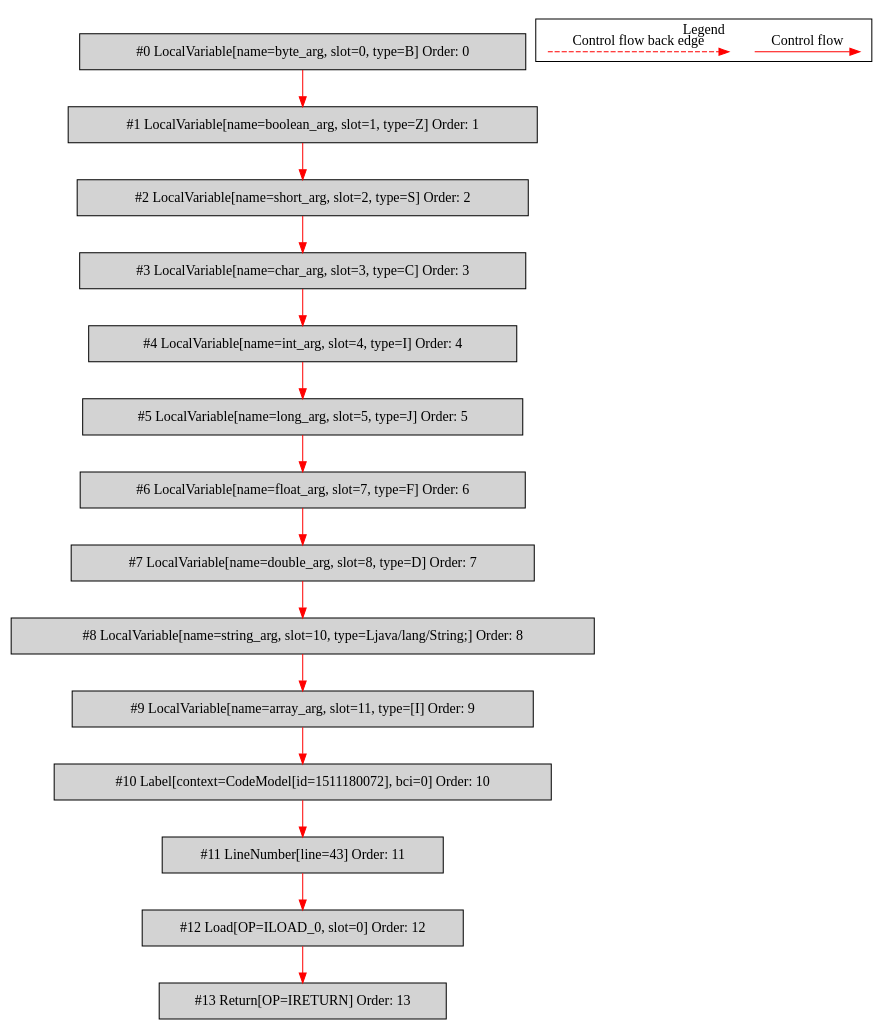
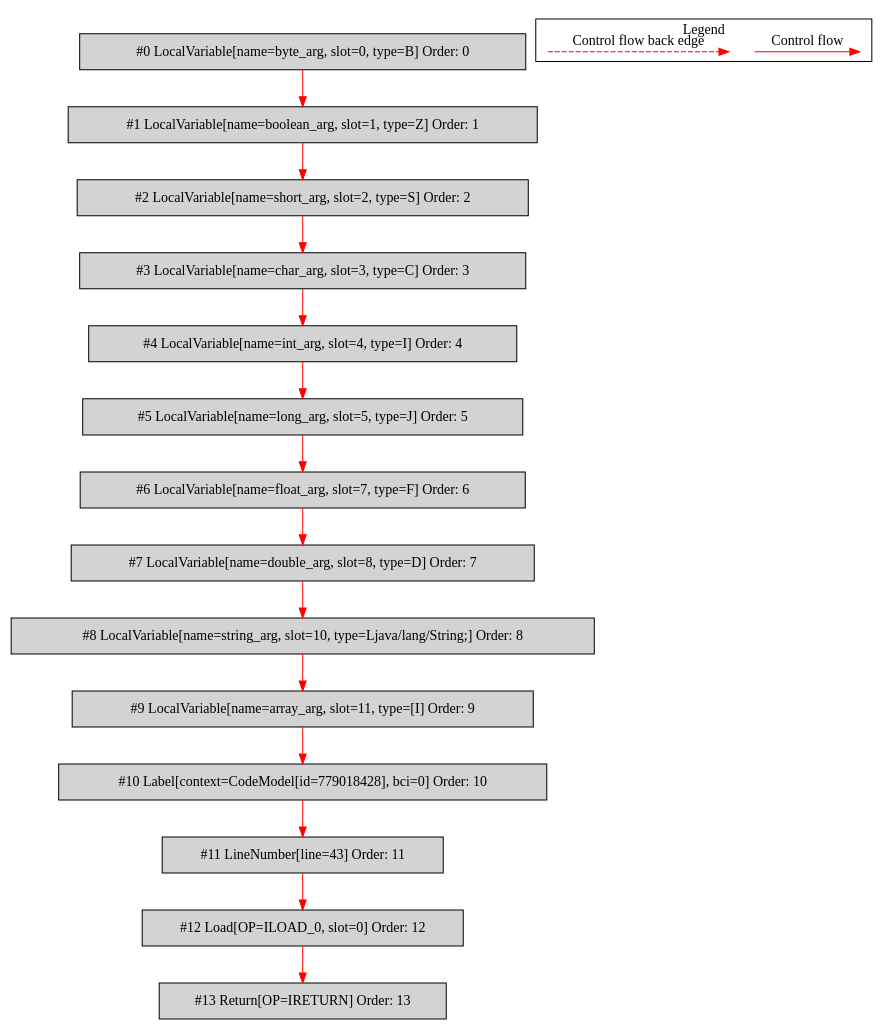
Before and after one commit to mirkosertic/MetaIR: the diagram in de.mirkosertic.metair.ir.examples.MethodInvokeTest/simple_method_return_byte/bytecodecfg.dot, drawn with Graphviz. The commit also changed 476 other files, not shown here.

```diff
--- a/de.mirkosertic.metair.ir.examples.MethodInvokeTest/simple_method_return_byte/bytecodecfg.dot
+++ b/de.mirkosertic.metair.ir.examples.MethodInvokeTest/simple_method_return_byte/bytecodecfg.dot
@@ -1,44 +1,44 @@
 digraph {
  ordering="in";
  node0[label="#0 LocalVariable[name=byte_arg, slot=0, type=B] Order: 0", shape=box, fillcolor=lightgrey, style=filled];
  node1[label="#1 LocalVariable[name=boolean_arg, slot=1, type=Z] Order: 1", shape=box, fillcolor=lightgrey, style=filled];
  node2[label="#2 LocalVariable[name=short_arg, slot=2, type=S] Order: 2", shape=box, fillcolor=lightgrey, style=filled];
  node3[label="#3 LocalVariable[name=char_arg, slot=3, type=C] Order: 3", shape=box, fillcolor=lightgrey, style=filled];
  node4[label="#4 LocalVariable[name=int_arg, slot=4, type=I] Order: 4", shape=box, fillcolor=lightgrey, style=filled];
  node5[label="#5 LocalVariable[name=long_arg, slot=5, type=J] Order: 5", shape=box, fillcolor=lightgrey, style=filled];
  node6[label="#6 LocalVariable[name=float_arg, slot=7, type=F] Order: 6", shape=box, fillcolor=lightgrey, style=filled];
  node7[label="#7 LocalVariable[name=double_arg, slot=8, type=D] Order: 7", shape=box, fillcolor=lightgrey, style=filled];
  node8[label="#8 LocalVariable[name=string_arg, slot=10, type=Ljava/lang/String;] Order: 8", shape=box, fillcolor=lightgrey, style=filled];
  node9[label="#9 LocalVariable[name=array_arg, slot=11, type=[I] Order: 9", shape=box, fillcolor=lightgrey, style=filled];
- node10[label="#10 Label[context=CodeModel[id=1511180072], bci=0] Order: 10", shape=box, fillcolor=lightgrey, style=filled];
+ node10[label="#10 Label[context=CodeModel[id=779018428], bci=0] Order: 10", shape=box, fillcolor=lightgrey, style=filled];
  node11[label="#11 LineNumber[line=43] Order: 11", shape=box, fillcolor=lightgrey, style=filled];
  node12[label="#12 Load[OP=ILOAD_0, slot=0] Order: 12", shape=box, fillcolor=lightgrey, style=filled];
  node13[label="#13 Return[OP=IRETURN] Order: 13", shape=box, fillcolor=lightgrey, style=filled];
  node0 -> node1[color=red];
  node1 -> node2[color=red];
  node2 -> node3[color=red];
  node3 -> node4[color=red];
  node4 -> node5[color=red];
  node5 -> node6[color=red];
  node6 -> node7[color=red];
  node7 -> node8[color=red];
  node8 -> node9[color=red];
  node9 -> node10[color=red];
  node10 -> node11[color=red];
  node11 -> node12[color=red];
  node12 -> node13[color=red];
  subgraph cluster_000 {
   label = "Legend";
   node [shape=point]
   {
    rank=same;
    c0 [style = invis];
    c1 [style = invis];
    c2 [style = invis];
    c3 [style = invis];
   }
   c0 -> c1 [label="Control flow", style=solid, color=red]
   c2 -> c3 [label="Control flow back edge", style=dashed, color=red]
  }
 
 }
```
